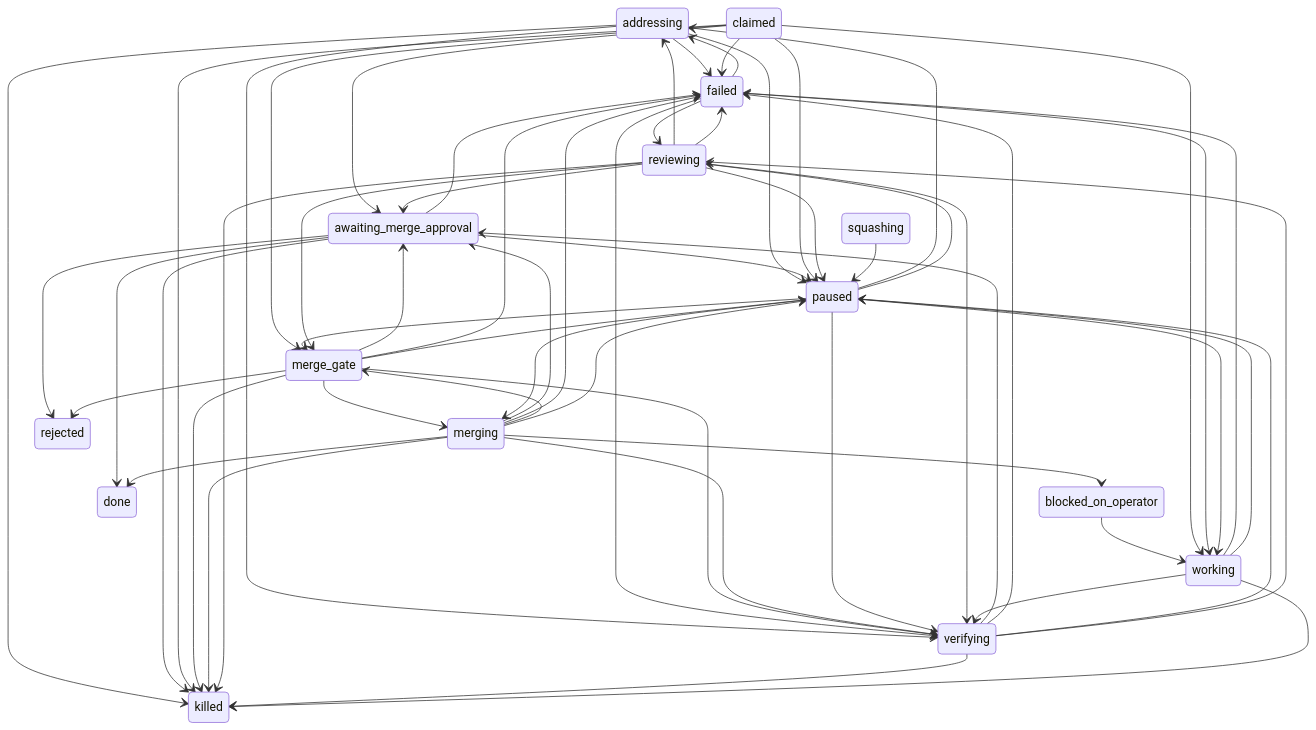
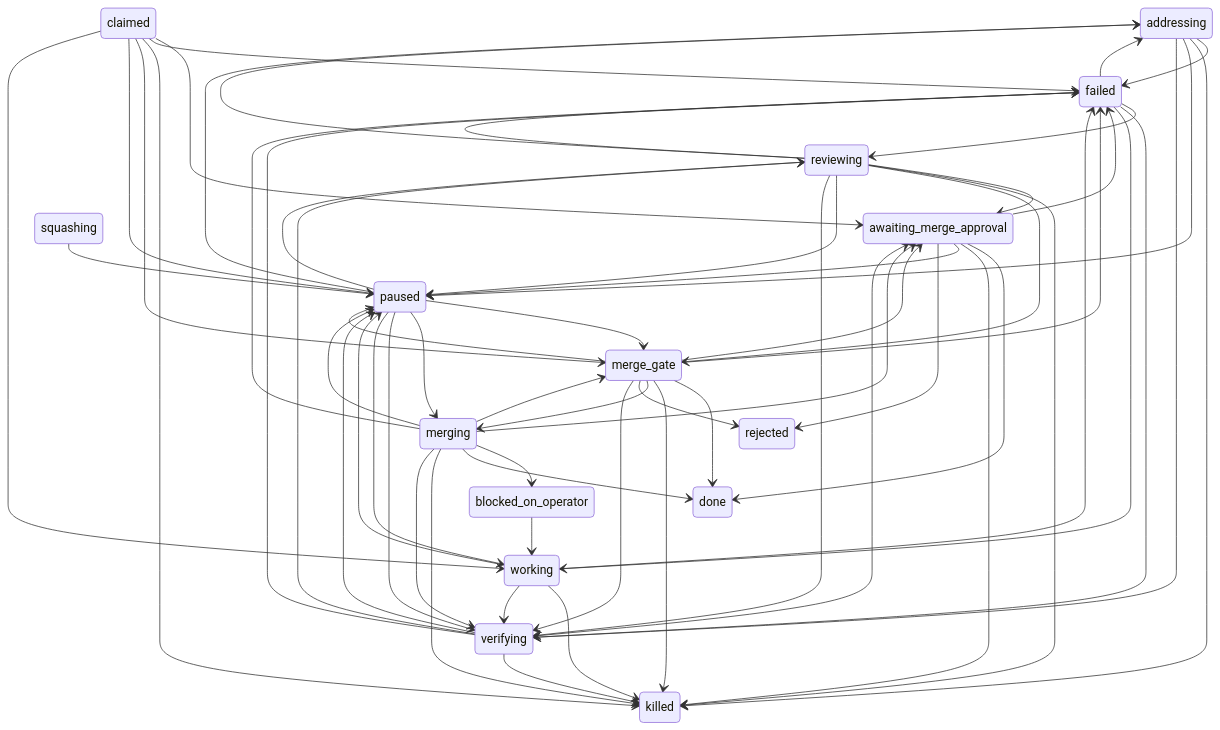
Before and after one commit to wevial/holophyte: the second of 2 diagrams in docs/loop.md, drawn with Mermaid. The commit also changed other lines of this file and 4 other files, not shown here.

````diff
--- a/docs/loop.md
+++ b/docs/loop.md
@@ -357,76 +360,77 @@
 ```mermaid
 stateDiagram-v2
     addressing
     awaiting_merge_approval
     blocked_on_operator
     claimed
     done
     failed
     killed
     merge_gate
     merging
     paused
     rejected
     reviewing
     squashing
     verifying
     working
     addressing --> failed
     addressing --> killed
     addressing --> paused
     addressing --> verifying
     awaiting_merge_approval --> done
     awaiting_merge_approval --> failed
     awaiting_merge_approval --> killed
     awaiting_merge_approval --> paused
     awaiting_merge_approval --> rejected
     blocked_on_operator --> working
     claimed --> awaiting_merge_approval
     claimed --> failed
     claimed --> killed
     claimed --> merge_gate
     claimed --> paused
     claimed --> working
     failed --> addressing
     failed --> reviewing
     failed --> verifying
     failed --> working
     merge_gate --> awaiting_merge_approval
+    merge_gate --> done
     merge_gate --> failed
     merge_gate --> killed
     merge_gate --> merging
     merge_gate --> paused
     merge_gate --> rejected
     merge_gate --> verifying
     merging --> awaiting_merge_approval
     merging --> blocked_on_operator
     merging --> done
     merging --> failed
     merging --> killed
     merging --> merge_gate
     merging --> paused
     merging --> verifying
     paused --> addressing
     paused --> merge_gate
     paused --> merging
     paused --> reviewing
     paused --> verifying
     paused --> working
     reviewing --> addressing
     reviewing --> awaiting_merge_approval
     reviewing --> failed
     reviewing --> killed
     reviewing --> merge_gate
     reviewing --> paused
     reviewing --> verifying
     squashing --> paused
     verifying --> awaiting_merge_approval
     verifying --> failed
     verifying --> killed
     verifying --> paused
     verifying --> reviewing
     working --> failed
     working --> killed
     working --> paused
     working --> verifying
 ```
````
